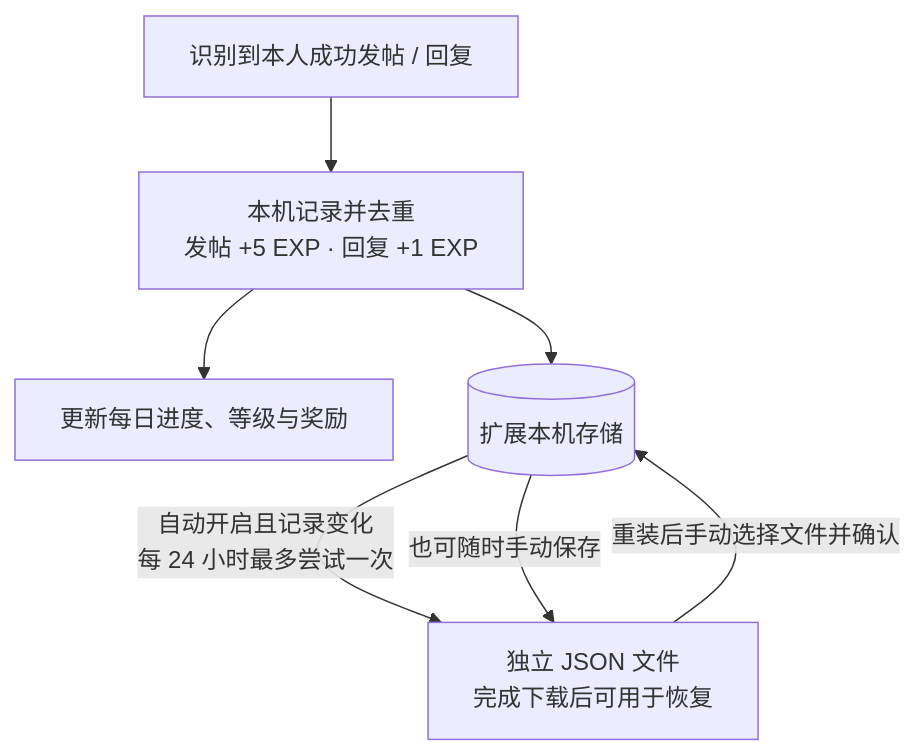
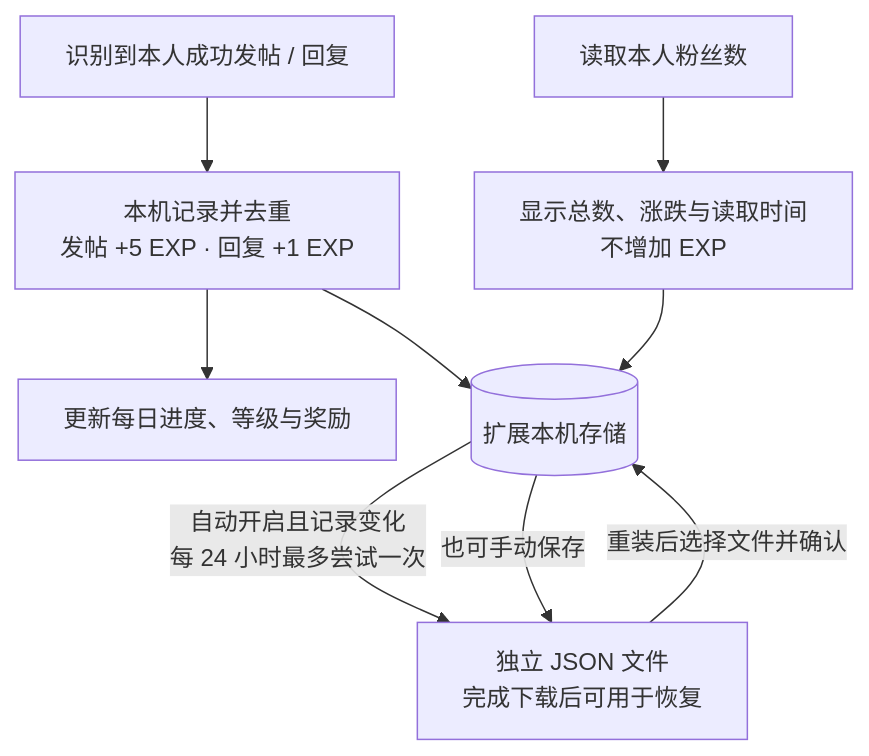
Before and after one commit to soap628/x-focus-extension: the diagram in README.md, drawn with Mermaid. The commit also changed other lines of this file and 26 other files, not shown here.

````diff
--- a/README.md
+++ b/README.md
@@ -36,9 +27,11 @@
 ```mermaid
 flowchart TD
     A["识别到本人成功发帖 / 回复"] --> B["本机记录并去重<br/>发帖 +5 EXP · 回复 +1 EXP"]
     B --> C["更新每日进度、等级与奖励"]
     B --> D[("扩展本机存储")]
-    D -->|"自动开启且记录变化<br/>每 24 小时最多尝试一次"| E["独立 JSON 文件<br/>完成下载后可用于恢复"]
-    D -->|"也可随时手动保存"| E
-    E -->|"重装后手动选择文件并确认"| D
+    E["读取本人粉丝数"] --> F["显示总数、涨跌与读取时间<br/>不增加 EXP"]
+    F --> D
+    D -->|"自动开启且记录变化<br/>每 24 小时最多尝试一次"| G["独立 JSON 文件<br/>完成下载后可用于恢复"]
+    D -->|"也可手动保存"| G
+    G -->|"重装后选择文件并确认"| D
 ```
````
